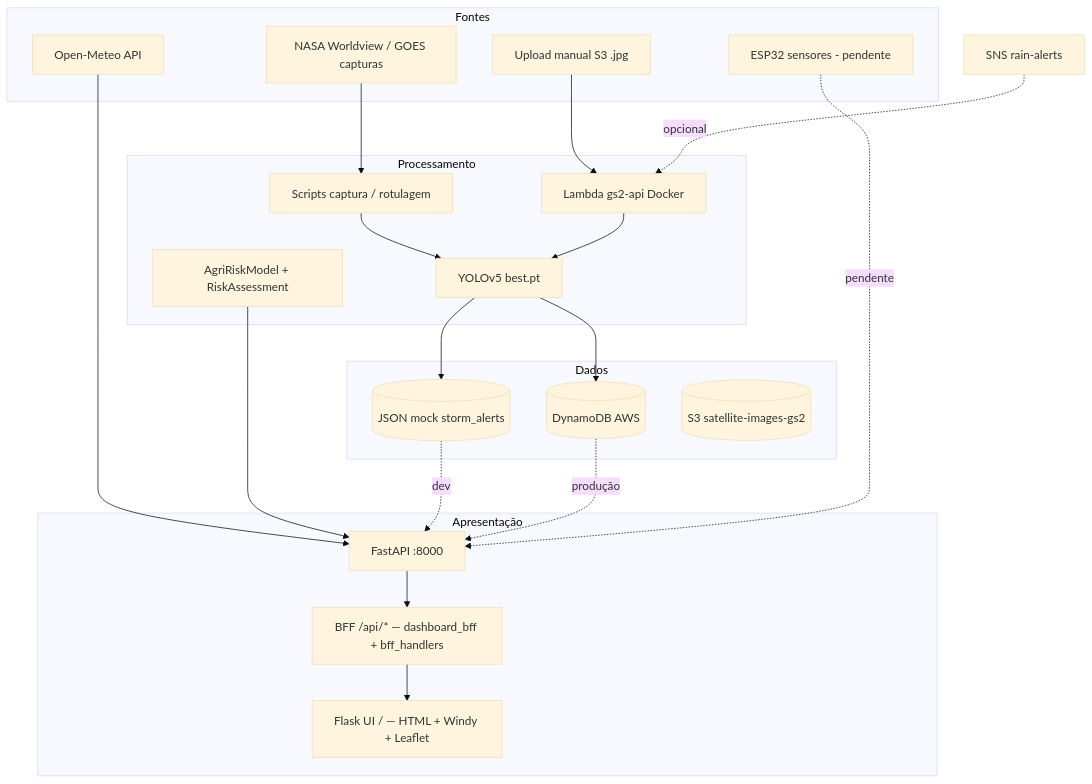
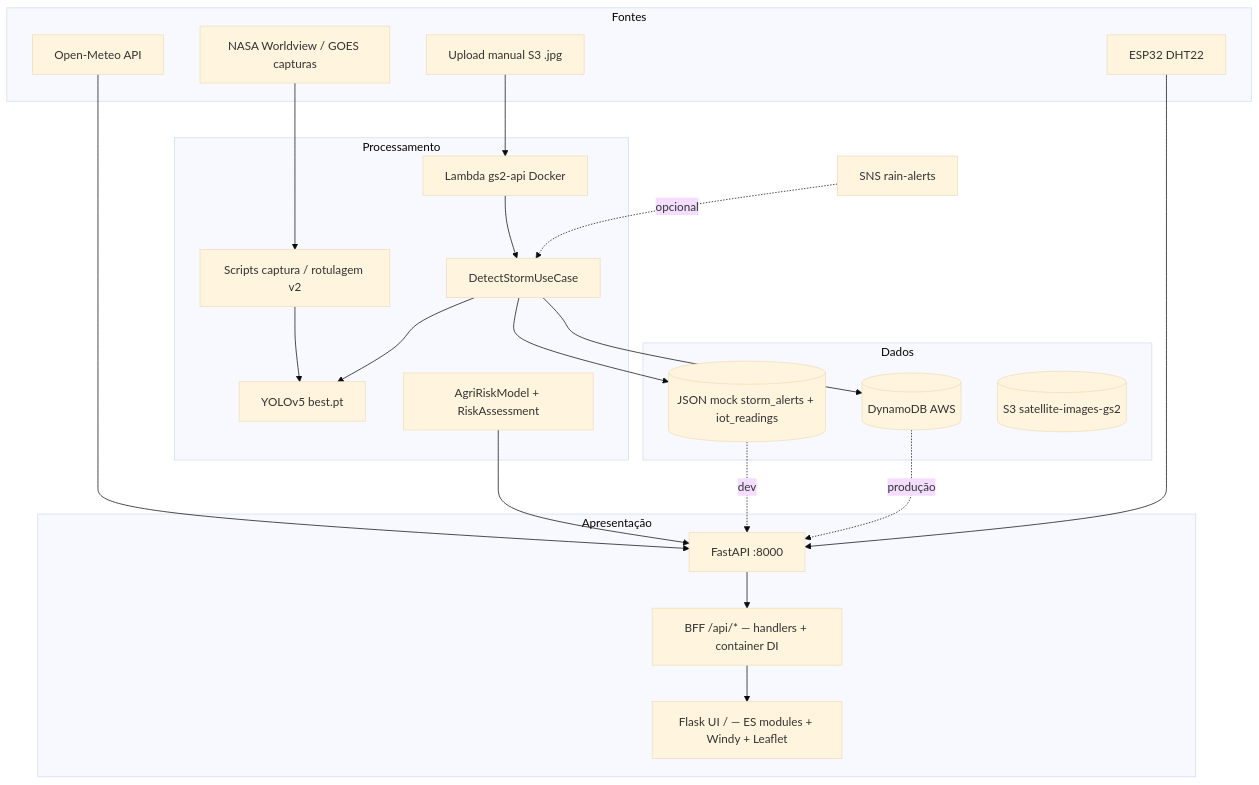
One commit to Grupo-S-faculdade-FIAP/global-solution-2s changed the diagram in docs/RPI.md. Above: the diagram before and after it, drawn with Mermaid (base theme). The commit also changed other lines of this file and 8 other files, not shown here.

````diff
--- a/docs/RPI.md
+++ b/docs/RPI.md
@@ -87,41 +91,42 @@
 ```mermaid
 flowchart TB
     subgraph Fontes
         NASA[NASA Worldview / GOES capturas]
         OM[Open-Meteo API]
         S3Up[Upload manual S3 .jpg]
-        ESP[ESP32 sensores - pendente]
+        ESP[ESP32 DHT22]
     end
 
     subgraph Processamento
-        CAP[Scripts captura / rotulagem]
+        CAP[Scripts captura / rotulagem v2]
         YOLO[YOLOv5 best.pt]
         ML[AgriRiskModel + RiskAssessment]
+        UC[DetectStormUseCase]
         LAM[Lambda gs2-api Docker]
     end
 
     subgraph Dados
-        MOCK[(JSON mock storm_alerts)]
+        MOCK[(JSON mock storm_alerts + iot_readings)]
         DDB[(DynamoDB AWS)]
         S3[(S3 satellite-images-gs2)]
     end
 
     subgraph Apresentação
         API[FastAPI :8000]
-        BFF[BFF /api/* — dashboard_bff + bff_handlers]
-        UI[Flask UI / — HTML + Windy + Leaflet]
+        BFF[BFF /api/* — handlers + container DI]
+        UI[Flask UI / — ES modules + Windy + Leaflet]
     end
 
     NASA --> CAP --> YOLO
-    S3Up --> LAM --> YOLO
-    YOLO --> DDB
-    YOLO --> MOCK
+    S3Up --> LAM --> UC --> YOLO
+    UC --> DDB
+    UC --> MOCK
     OM --> API
     ML --> API
     API --> BFF
     BFF --> UI
     MOCK -. dev .-> API
     DDB -. produção .-> API
-    ESP -. pendente .-> API
-    SNS[SNS rain-alerts] -. opcional .-> LAM
+    ESP --> API
+    SNS[SNS rain-alerts] -. opcional .-> UC
 ```
````
